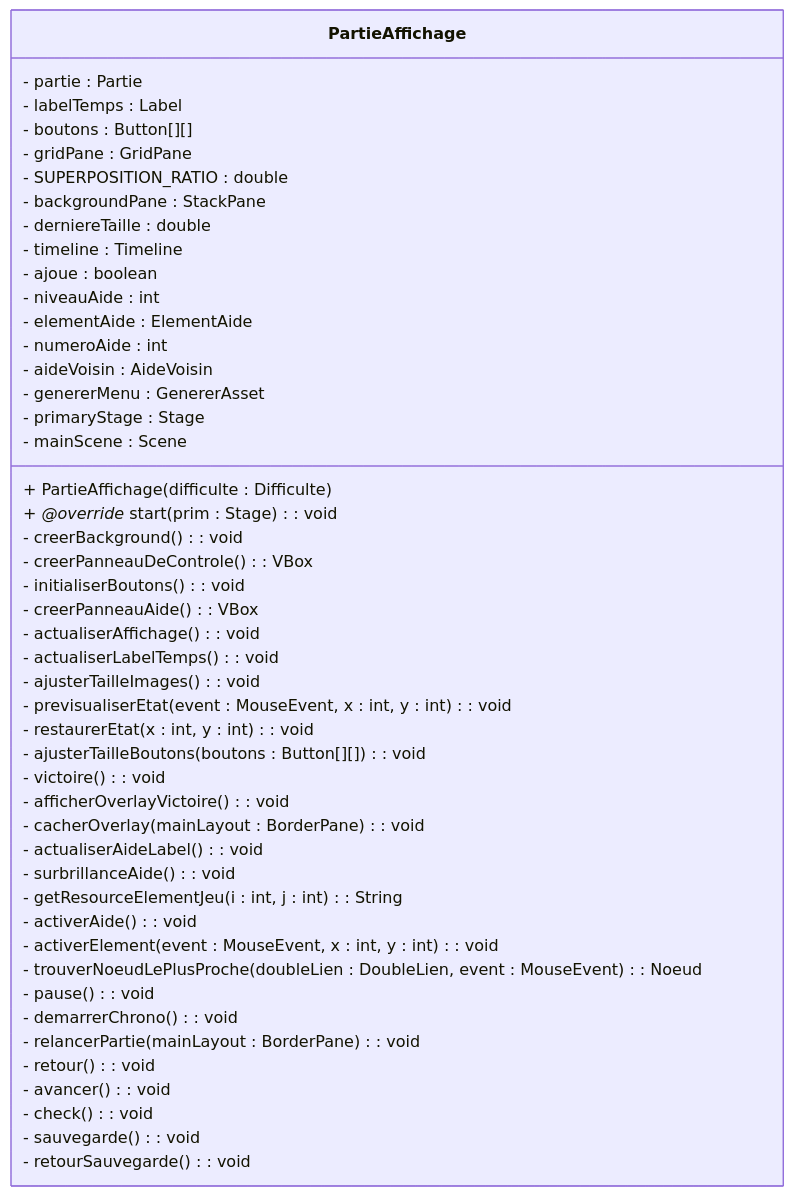
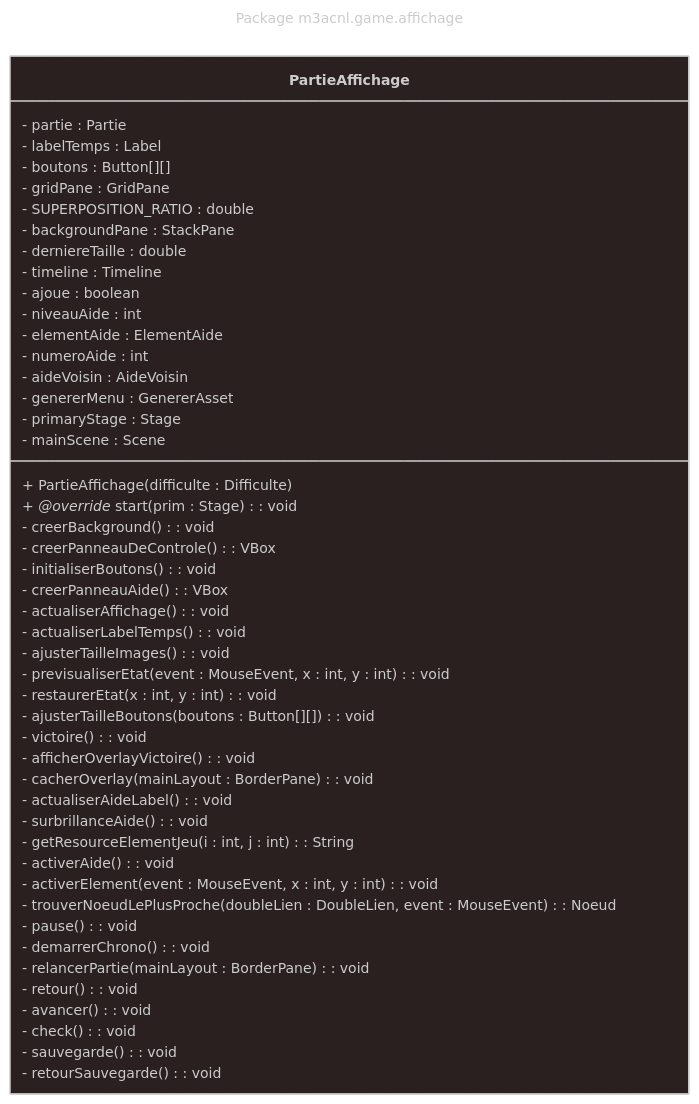
One commit to Gr4-M3ACNL/documents changed the diagram in DiagrammeClasse/game-affichage.mmd. Above: the diagram before and after it, drawn with Mermaid. The commit also changed 9 other files, not shown here.

Commit message:
docs: diagrame

```diff
--- a/DiagrammeClasse/game-affichage.mmd
+++ b/DiagrammeClasse/game-affichage.mmd
@@ -1,51 +1,57 @@
+---
+config:
+  theme: neo-dark
+title: Package m3acnl.game.affichage
+---
+
 classDiagram
 direction TB
     class PartieAffichage {
 	    - partie : Partie
         - labelTemps : Label
         - boutons : Button[][]
         - gridPane : GridPane
         - SUPERPOSITION_RATIO : double
         - backgroundPane : StackPane
         - derniereTaille : double
         - timeline : Timeline
         - ajoue : boolean
         - niveauAide : int
         - elementAide : ElementAide
         - numeroAide : int
         - aideVoisin : AideVoisin
         - genererMenu : GenererAsset
         - primaryStage : Stage
         - mainScene : Scene 
         + PartieAffichage(difficulte : Difficulte)
         + *@override* start(prim : Stage) : void
         - creerBackground() : void
         - creerPanneauDeControle() : VBox
         - initialiserBoutons() : void
         - creerPanneauAide() : VBox
         - actualiserAffichage() : void
         - actualiserLabelTemps() : void
         - ajusterTailleImages() : void
         - previsualiserEtat(event : MouseEvent, x : int, y : int) : void
         - restaurerEtat(x : int, y : int) : void
         - ajusterTailleBoutons(boutons : Button[][]) : void
         - victoire() : void
         - afficherOverlayVictoire() : void
         - cacherOverlay(mainLayout : BorderPane) : void
         - actualiserAideLabel() : void
         - surbrillanceAide() : void
         - getResourceElementJeu(i : int, j : int) : String
         - activerAide() : void
         - activerElement(event : MouseEvent, x : int, y : int) : void
         - trouverNoeudLePlusProche(doubleLien : DoubleLien, event : MouseEvent) : Noeud
         - pause() : void
         - demarrerChrono() : void
         - relancerPartie(mainLayout : BorderPane) : void
         - retour() : void
         - avancer() : void
         - check() : void
         - sauvegarde() : void
         - retourSauvegarde() : void
 
 
     }
```
